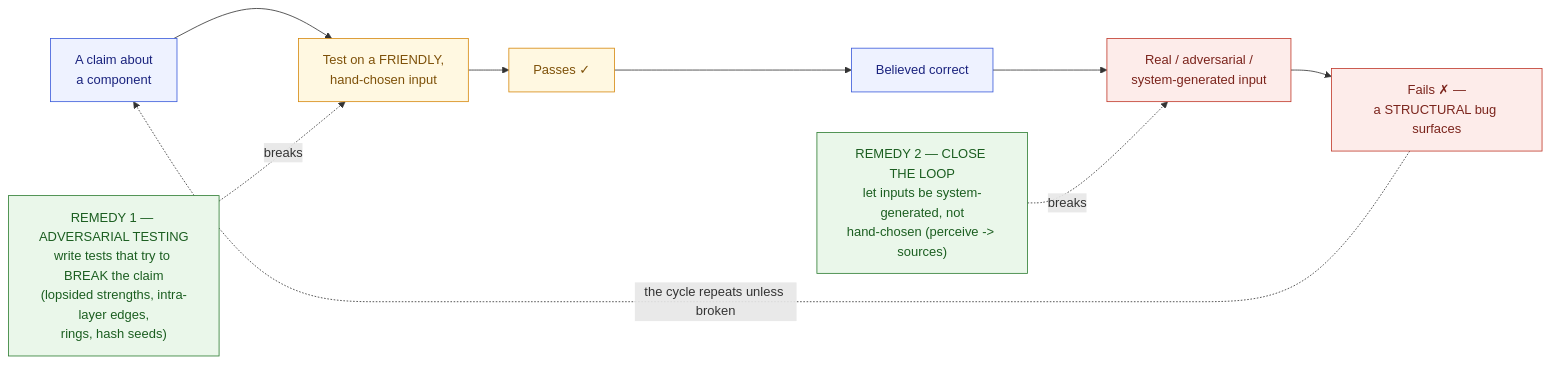
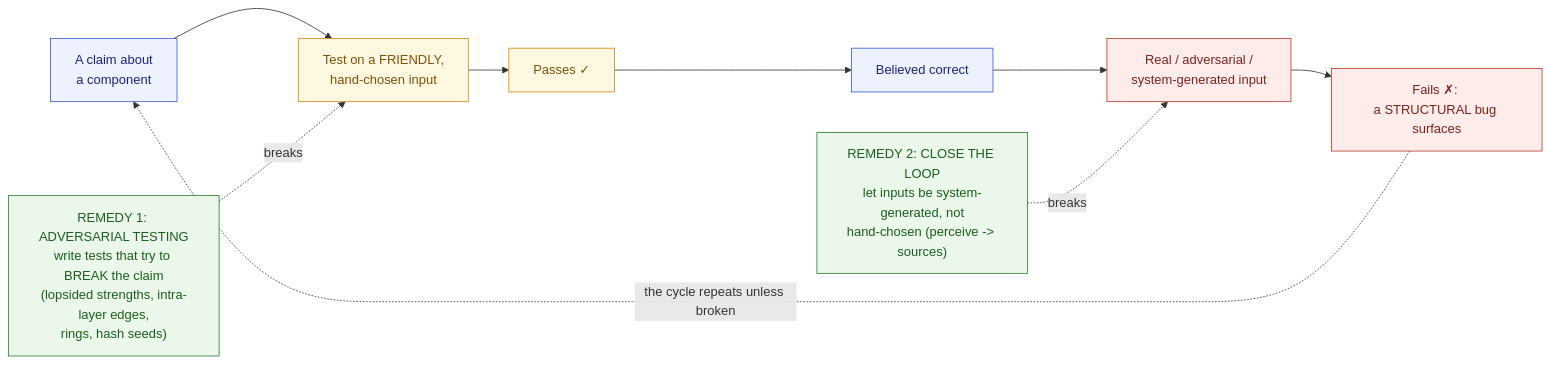
The diagram in docs/diagrams/friendly_input_loop.mmd (cagancaliskan/psyche), drawn with Mermaid before and after one commit. The commit also changed 35 other files, not shown here.

```diff
--- a/docs/diagrams/friendly_input_loop.mmd
+++ b/docs/diagrams/friendly_input_loop.mmd
@@ -1,24 +1,24 @@
-%% Nous — the recurring "passes on a friendly input" failure mode, and the two remedies.
+%% Nous: the recurring "passes on a friendly input" failure mode, and the two remedies.
 %% Conceptual (findings b-f share this shape); no data values.
 flowchart LR
     C["A claim about<br/>a component"]:::neutral
     T["Test on a FRIENDLY,<br/>hand-chosen input"]:::weak
     P["Passes &check;"]:::weak
     Bel["Believed correct"]:::neutral
     R["Real / adversarial /<br/>system-generated input"]:::real
-    Fa["Fails &cross; —<br/>a STRUCTURAL bug surfaces"]:::bug
+    Fa["Fails &cross;: <br/>a STRUCTURAL bug surfaces"]:::bug
 
     C --> T --> P --> Bel --> R --> Fa
     Fa -. "the cycle repeats unless broken" .-> C
 
-    RA["REMEDY 1 — ADVERSARIAL TESTING<br/>write tests that try to BREAK the claim<br/>(lopsided strengths, intra-layer edges,<br/>rings, hash seeds)"]:::fix
-    RL["REMEDY 2 — CLOSE THE LOOP<br/>let inputs be system-generated, not<br/>hand-chosen (perceive -> sources)"]:::fix
+    RA["REMEDY 1: ADVERSARIAL TESTING<br/>write tests that try to BREAK the claim<br/>(lopsided strengths, intra-layer edges,<br/>rings, hash seeds)"]:::fix
+    RL["REMEDY 2: CLOSE THE LOOP<br/>let inputs be system-generated, not<br/>hand-chosen (perceive -> sources)"]:::fix
 
     RA -. "breaks" .-> T
     RL -. "breaks" .-> R
 
     classDef neutral fill:#eef2ff,stroke:#3b5bdb,color:#1a237e;
     classDef weak fill:#fff8e1,stroke:#d68910,color:#7e5109;
     classDef real fill:#fdecea,stroke:#c0392b,color:#7b241c;
     classDef bug fill:#fdecea,stroke:#c0392b,color:#7b241c;
     classDef fix fill:#eaf7ea,stroke:#2e7d32,color:#1b5e20;
```
